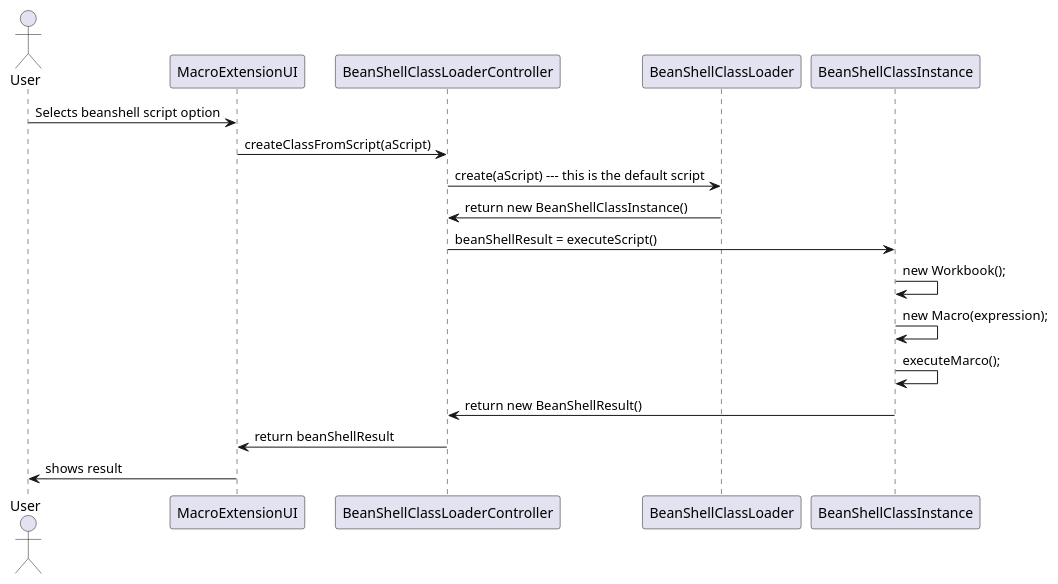
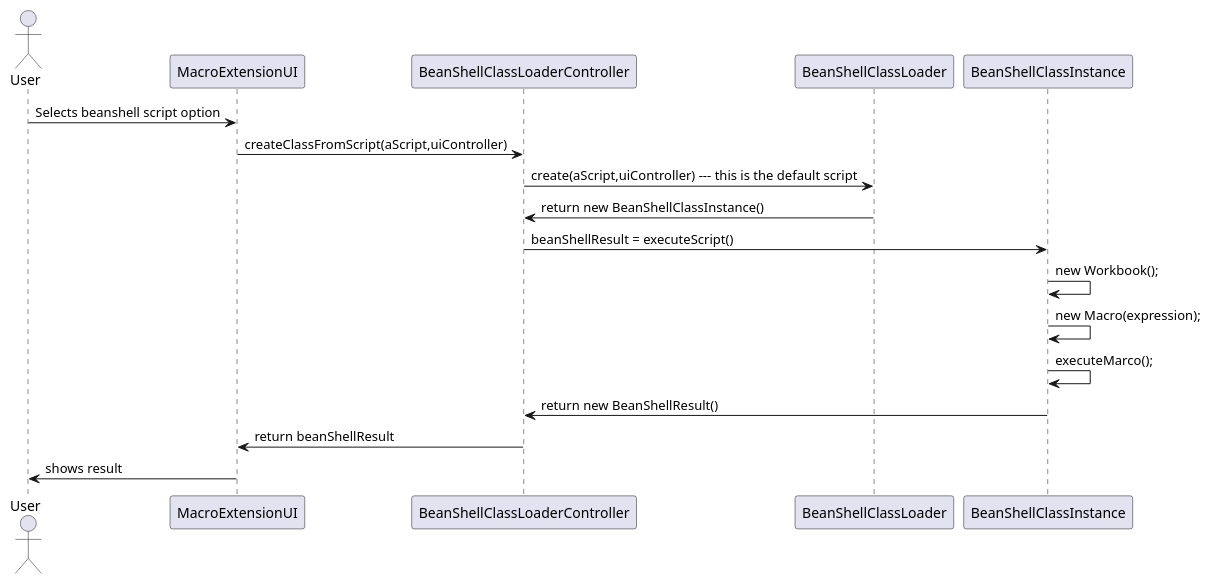
The diagram in src/main/java/lapr4/blue/s1/lang/n1140822/beanshellwindow/design_default_script_sd.puml (MikeTekOn/lapr4-2017-2dd), drawn with PlantUML before and after one commit. The commit also changed 8 other files, not shown here.

```diff
--- a/src/main/java/lapr4/blue/s1/lang/n1140822/beanshellwindow/design_default_script_sd.puml
+++ b/src/main/java/lapr4/blue/s1/lang/n1140822/beanshellwindow/design_default_script_sd.puml
@@ -1,14 +1,14 @@
 @startuml
 actor User
 User -> MacroExtensionUI : Selects beanshell script option
-MacroExtensionUI -> BeanShellClassLoaderController : createClassFromScript(aScript)
-BeanShellClassLoaderController -> BeanShellClassLoader :create(aScript) --- this is the default script
+MacroExtensionUI -> BeanShellClassLoaderController : createClassFromScript(aScript,uiController)
+BeanShellClassLoaderController -> BeanShellClassLoader :create(aScript,uiController) --- this is the default script
  BeanShellClassLoader -> BeanShellClassLoaderController : return new BeanShellClassInstance()
 BeanShellClassLoaderController -> BeanShellClassInstance : beanShellResult = executeScript()
  BeanShellClassInstance ->  BeanShellClassInstance : new Workbook();
 BeanShellClassInstance ->  BeanShellClassInstance : new Macro(expression);
 BeanShellClassInstance ->  BeanShellClassInstance : executeMarco();
 BeanShellClassInstance -> BeanShellClassLoaderController : return new BeanShellResult()
 BeanShellClassLoaderController ->MacroExtensionUI : return beanShellResult
 MacroExtensionUI -> User : shows result
 @enduml
```
